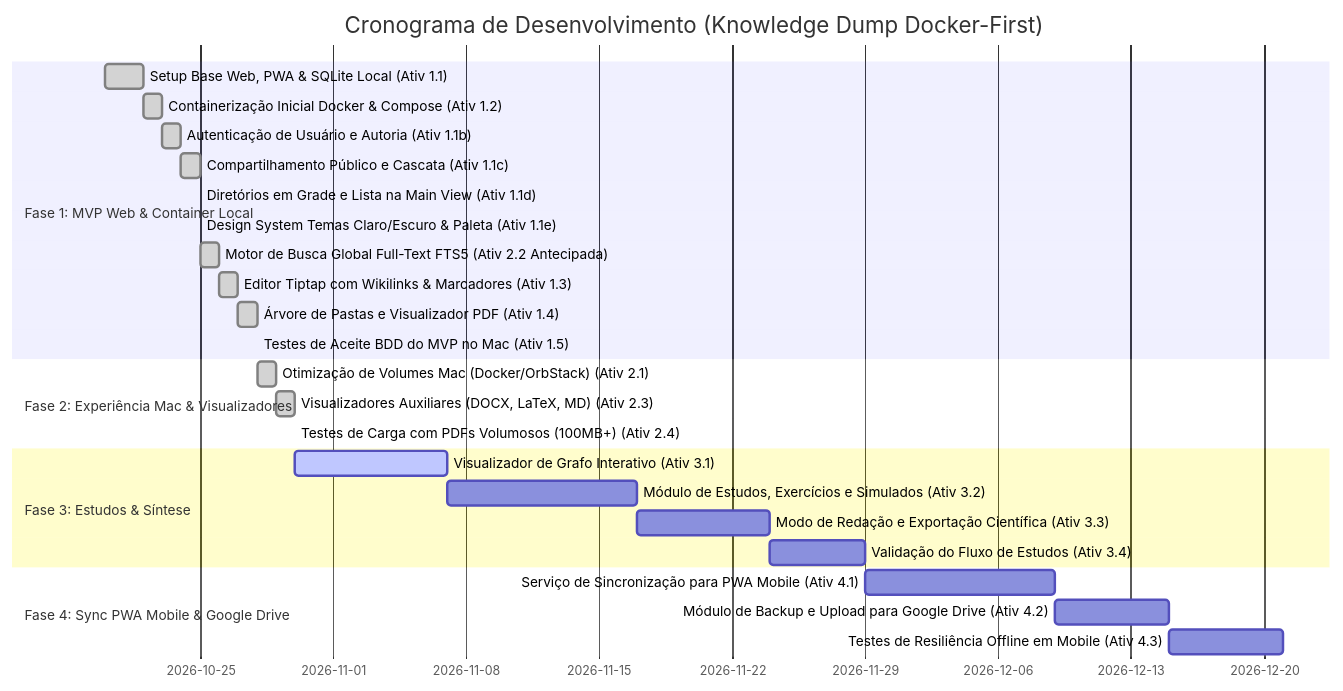
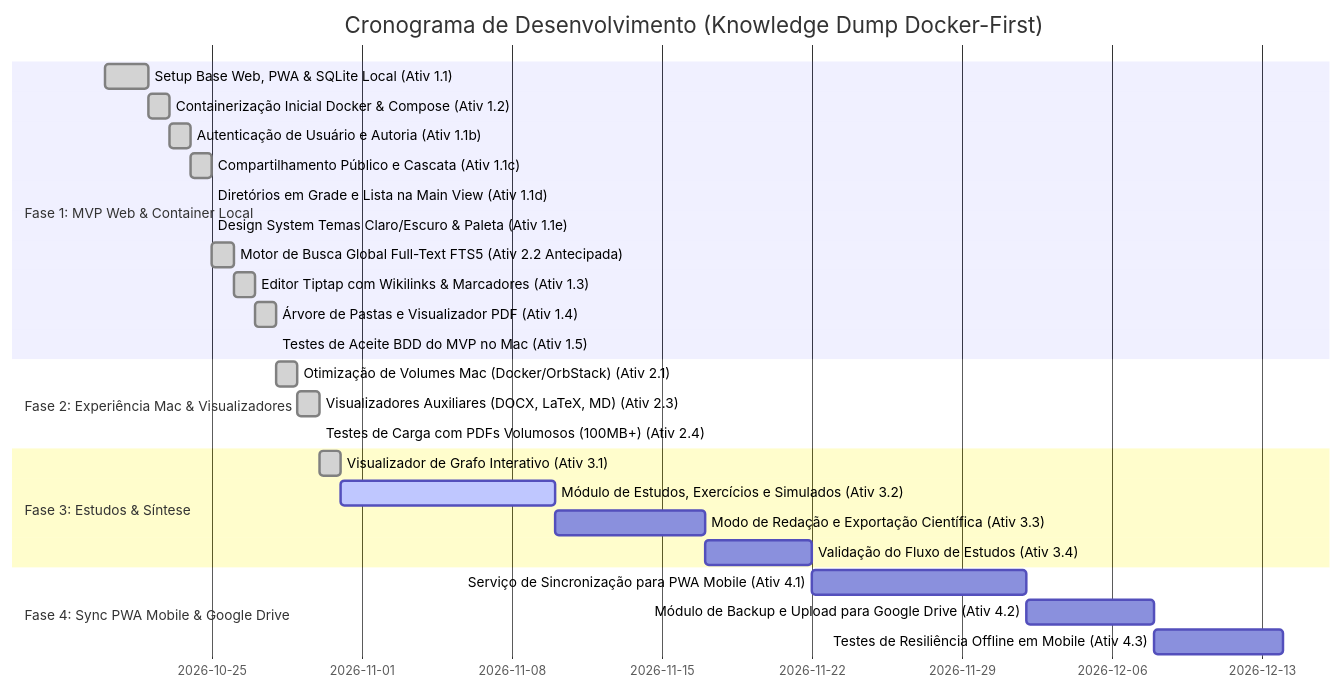
Before and after one commit to victor-reghini/knowledge-dump: the second of 2 diagrams in docs/arquitetura_e_roadmap.md, drawn with Mermaid. The commit also changed other lines of this file and 8 other files, not shown here.

Commit message:
feat(graph): implement interactive knowledge graph with canvas force physics and real-time filters

````diff
--- a/docs/arquitetura_e_roadmap.md
+++ b/docs/arquitetura_e_roadmap.md
@@ -56,32 +56,32 @@
 ```mermaid
 gantt
     title Cronograma de Desenvolvimento (Knowledge Dump Docker-First)
     dateFormat  YYYY-MM-DD
     section Fase 1: MVP Web & Container Local
     Setup Base Web, PWA & SQLite Local (Ativ 1.1)             :done, a1, 2026-10-20, 2026-10-22
     Containerização Inicial Docker & Compose (Ativ 1.2)        :done, a2, 2026-10-22, 2026-10-23
     Autenticação de Usuário e Autoria (Ativ 1.1b)              :done, a1b, 2026-10-23, 2026-10-24
     Compartilhamento Público e Cascata (Ativ 1.1c)             :done, a1c, 2026-10-24, 2026-10-25
     Diretórios em Grade e Lista na Main View (Ativ 1.1d)       :done, a1d, 2026-10-25, 2026-10-25
     Design System Temas Claro/Escuro & Paleta (Ativ 1.1e)      :done, a1e, 2026-10-25, 2026-10-25
     Motor de Busca Global Full-Text FTS5 (Ativ 2.2 Antecipada) :done, b2, 2026-10-25, 2026-10-26
     Editor Tiptap com Wikilinks & Marcadores (Ativ 1.3)        :done, a3, 2026-10-26, 2026-10-27
     Árvore de Pastas e Visualizador PDF (Ativ 1.4)             :done, a4, 2026-10-27, 2026-10-28
     Testes de Aceite BDD do MVP no Mac (Ativ 1.5)              :done, a5, 2026-10-28, 2026-10-28
 
     section Fase 2: Experiência Mac & Visualizadores
     Otimização de Volumes Mac (Docker/OrbStack) (Ativ 2.1)     :done, b1, 2026-10-28, 2026-10-29
     Visualizadores Auxiliares (DOCX, LaTeX, MD) (Ativ 2.3)     :done, b3, 2026-10-29, 2026-10-30
     Testes de Carga com PDFs Volumosos (100MB+) (Ativ 2.4)     :done, b4, 2026-10-30, 2026-10-30
 
     section Fase 3: Estudos & Síntese
-    Visualizador de Grafo Interativo (Ativ 3.1)                :active, c1, 2026-10-30, 8d
-    Módulo de Estudos, Exercícios e Simulados (Ativ 3.2)       :c2, after c1, 10d
+    Visualizador de Grafo Interativo (Ativ 3.1)                :done, c1, 2026-10-30, 2026-10-31
+    Módulo de Estudos, Exercícios e Simulados (Ativ 3.2)       :active, c2, after c1, 10d
     Modo de Redação e Exportação Científica (Ativ 3.3)         :c3, after c2, 7d
     Validação do Fluxo de Estudos (Ativ 3.4)                   :c4, after c3, 5d
 
     section Fase 4: Sync PWA Mobile & Google Drive
     Serviço de Sincronização para PWA Mobile (Ativ 4.1)        :d1, after c4, 10d
     Módulo de Backup e Upload para Google Drive (Ativ 4.2)     :d2, after d1, 6d
     Testes de Resiliência Offline em Mobile (Ativ 4.3)         :d3, after d2, 6d
 ```
````
